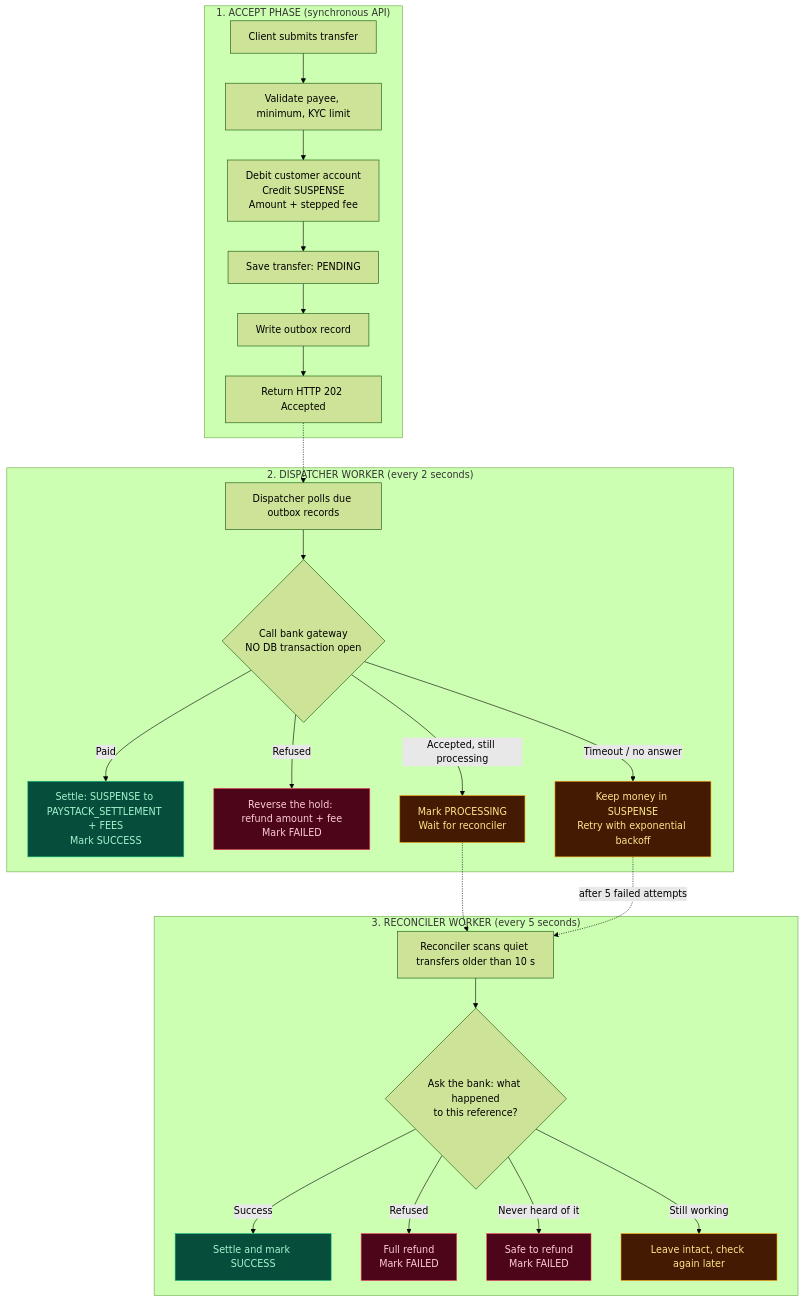
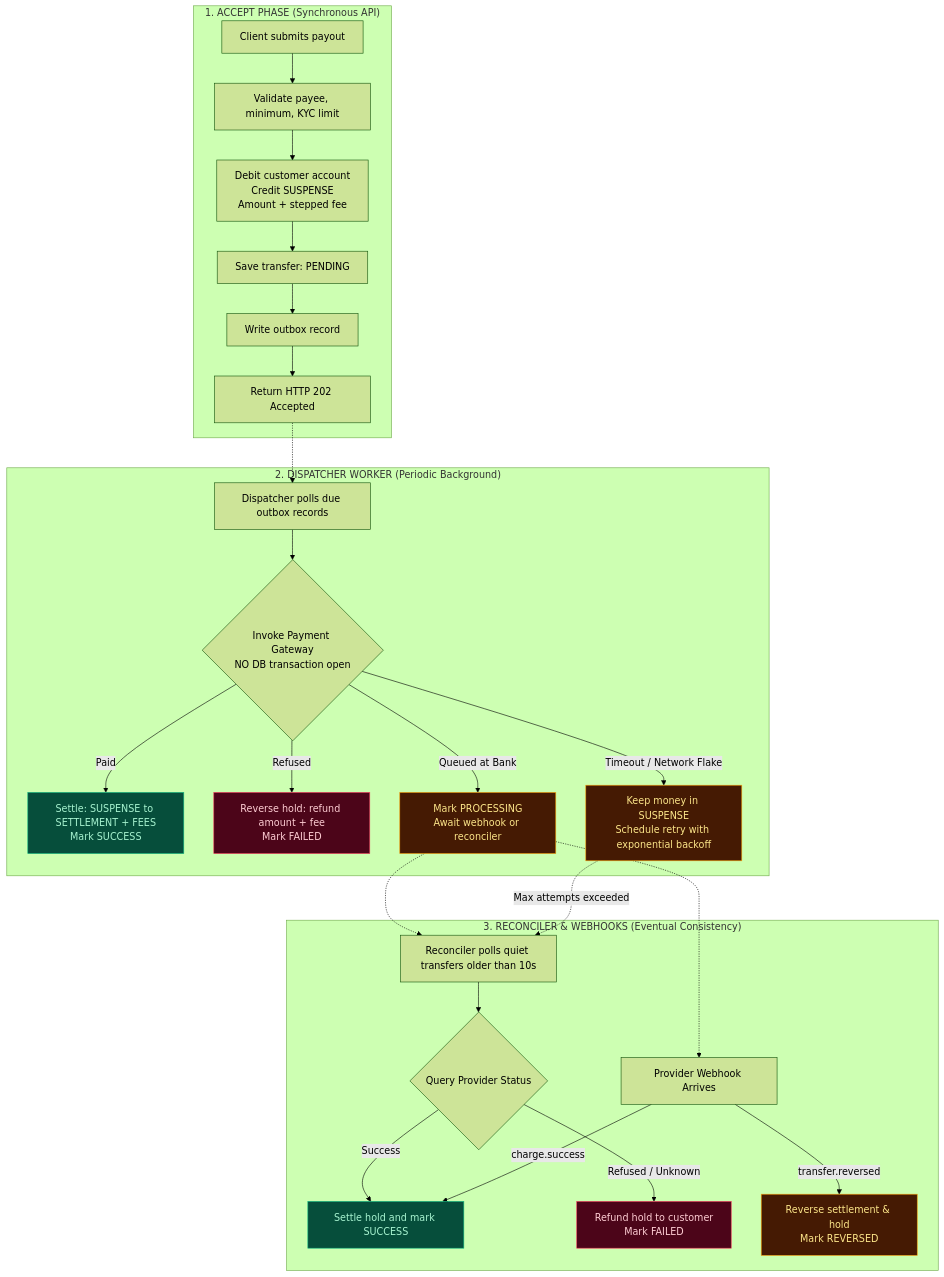
One commit to Chukwuma-Elvis/paybridge changed the second of 3 diagrams in README.md. Above: the diagram before and after it, drawn with Mermaid (forest theme). The commit also changed other lines of this file, not shown here.

Commit message:
docs: update README with full system scope, updated test metrics, and clean references

````diff
--- a/README.md
+++ b/README.md
@@ -180,39 +175,40 @@
 ```mermaid
 flowchart TD
-    subgraph PHASE1["1. ACCEPT PHASE (synchronous API)"]
-        A[Client submits transfer] --> B[Validate payee, minimum, KYC limit]
+    subgraph PHASE1["1. ACCEPT PHASE (Synchronous API)"]
+        A[Client submits payout] --> B[Validate payee, minimum, KYC limit]
         B --> C[Debit customer account<br/>Credit SUSPENSE<br/>Amount + stepped fee]
         C --> D[Save transfer: PENDING]
         D --> E[Write outbox record]
         E --> F[Return HTTP 202 Accepted]
     end
 
-    subgraph PHASE2["2. DISPATCHER WORKER (every 2 seconds)"]
+    subgraph PHASE2["2. DISPATCHER WORKER (Periodic Background)"]
         F -.-> G[Dispatcher polls due outbox records]
-        G --> H{Call bank gateway<br/>NO DB transaction open}
+        G --> H{Invoke Payment Gateway<br/>NO DB transaction open}
 
-        H -->|Paid| I[Settle: SUSPENSE to PAYSTACK_SETTLEMENT + FEES<br/>Mark SUCCESS]
-        H -->|Refused| J[Reverse the hold: refund amount + fee<br/>Mark FAILED]
-        H -->|Accepted, still processing| K[Mark PROCESSING<br/>Wait for reconciler]
-        H -->|Timeout / no answer| L[Keep money in SUSPENSE<br/>Retry with exponential backoff]
+        H -->|Paid| I[Settle: SUSPENSE to SETTLEMENT + FEES<br/>Mark SUCCESS]
+        H -->|Refused| J[Reverse hold: refund amount + fee<br/>Mark FAILED]
+        H -->|Queued at Bank| K[Mark PROCESSING<br/>Await webhook or reconciler]
+        H -->|Timeout / Network Flake| L[Keep money in SUSPENSE<br/>Schedule retry with exponential backoff]
     end
 
-    subgraph PHASE3["3. RECONCILER WORKER (every 5 seconds)"]
-        K -.-> M[Reconciler scans quiet transfers older than 10 s]
-        L -.->|after 5 failed attempts| M
-        M --> N{Ask the bank: what happened<br/>to this reference?}
+    subgraph PHASE3["3. RECONCILER & WEBHOOKS (Eventual Consistency)"]
+        K -.-> M[Reconciler polls quiet transfers older than 10s]
+        L -.->|Max attempts exceeded| M
+        M --> N{Query Provider Status}
+        K -.-> W[Provider Webhook Arrives]
 
-        N -->|Success| O[Settle and mark SUCCESS]
-        N -->|Refused| P[Full refund<br/>Mark FAILED]
-        N -->|Never heard of it| R[Safe to refund<br/>Mark FAILED]
-        N -->|Still working| Q[Leave intact, check again later]
+        N -->|Success| O[Settle hold and mark SUCCESS]
+        W -->|charge.success| O
+        N -->|Refused / Unknown| P[Refund hold to customer<br/>Mark FAILED]
+        W -->|transfer.reversed| Q[Reverse settlement & hold<br/>Mark REVERSED]
     end
 
     classDef success fill:#064e3b,stroke:#10b981,stroke-width:1px,color:#a7f3d0;
     classDef failure fill:#4c0519,stroke:#f43f5e,stroke-width:1px,color:#fecdd3;
     classDef warning fill:#451a03,stroke:#f59e0b,stroke-width:1px,color:#fde68a;
 
     class I,O success;
-    class J,P,R failure;
+    class J,P failure;
     class K,L,Q warning;
 ```
````
